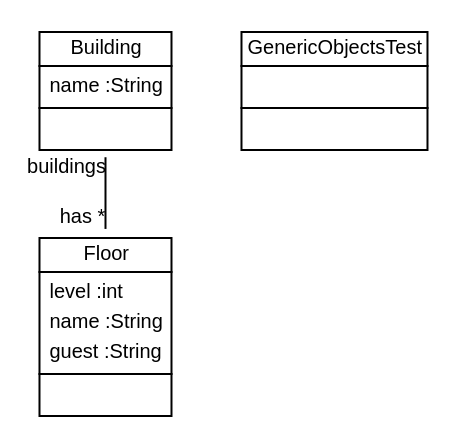
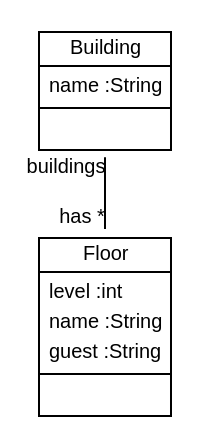
One commit to fujaba/SDMLib changed the diagram in doc/ManuallyImprovedLearnedClassDiag.dot. Above: the diagram before and after it, drawn with Graphviz. The commit also changed 22 other files, not shown here.

```diff
--- a/doc/ManuallyImprovedLearnedClassDiag.dot
+++ b/doc/ManuallyImprovedLearnedClassDiag.dot
@@ -1,14 +1,13 @@
 
  digraph ClassDiagram {
     node [shape = none, fontsize = 10, fontname = "Arial"]; 
     edge [fontsize = 10, fontname = "Arial"];
     
     
     _Building [label=<<table border='0' cellborder='1' cellspacing='0'> <tr> <td HREF="../test/de/kassel/roombook/Building.java">Building</td> </tr> <tr><td><table border='0' cellborder='0' cellspacing='0'> <tr><td align='left'>name :String</td></tr>  </table></td></tr> <tr><td><table border='0' cellborder='0' cellspacing='0'> <tr><td> </td></tr> </table></td></tr> </table>>];
     _Floor [label=<<table border='0' cellborder='1' cellspacing='0'> <tr> <td HREF="../test/de/kassel/roombook/Floor.java">Floor</td> </tr> <tr><td><table border='0' cellborder='0' cellspacing='0'> <tr><td align='left'>level :int</td></tr> <tr><td align='left'>name :String</td></tr> <tr><td align='left'>guest :String</td></tr>  </table></td></tr> <tr><td><table border='0' cellborder='0' cellspacing='0'> <tr><td> </td></tr> </table></td></tr> </table>>];
-    _GenericObjectsTest [label=<<table border='0' cellborder='1' cellspacing='0'> <tr> <td HREF="../test/org/sdmlib/models/objects/GenericObjectsTest.java">GenericObjectsTest</td> </tr> <tr><td><table border='0' cellborder='0' cellspacing='0'> <tr><td> </td></tr> </table></td></tr> <tr><td><table border='0' cellborder='0' cellspacing='0'> <tr><td> </td></tr> </table></td></tr> </table>>];
     
     
     
     _Building -> _Floor [headlabel = "has *" taillabel = "buildings" arrowhead = "none" ];
 }
```
